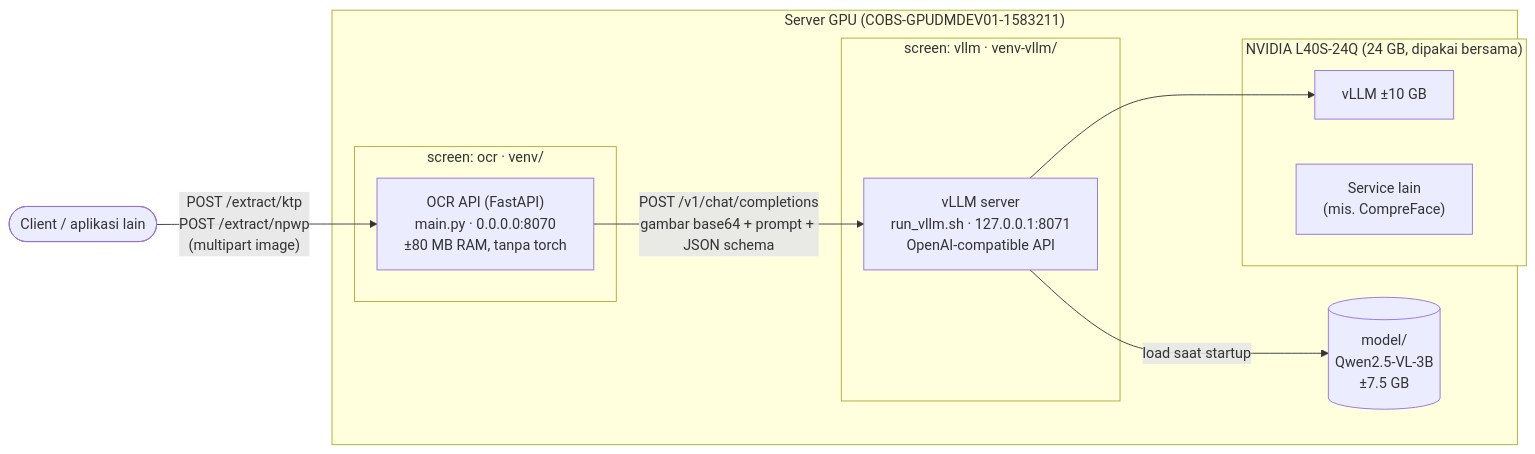
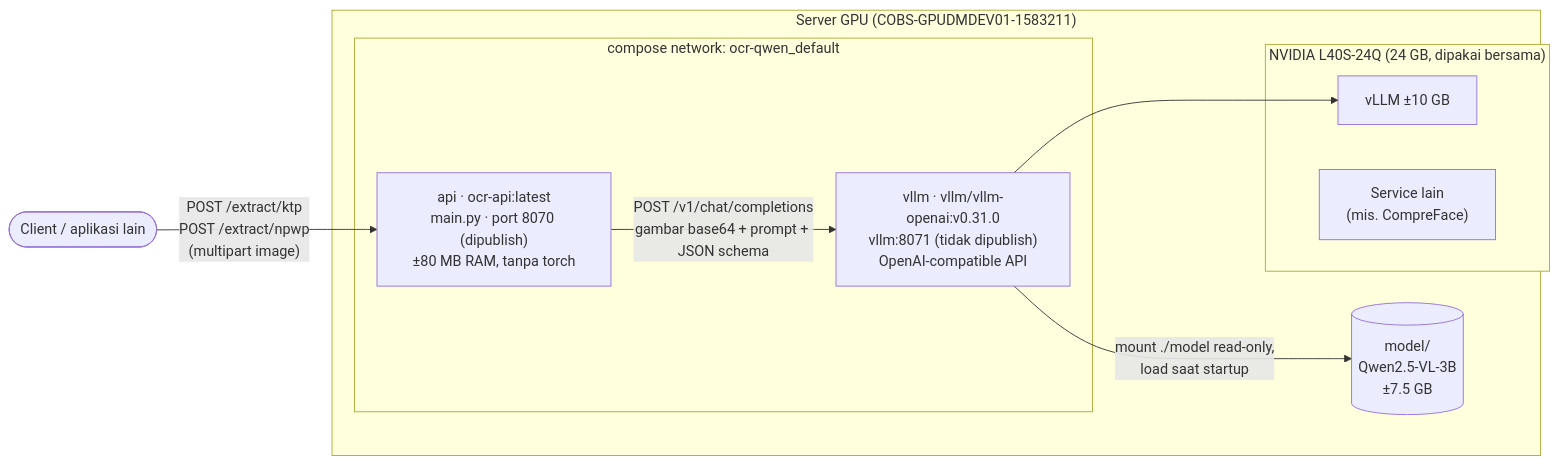
Before and after one commit to sivi-shahab/OCR-KTP-NPWP: the first of 3 diagrams in README.md, drawn with Mermaid. The commit also changed other lines of this file, not shown here.

First line of the commit message:
Document Docker Compose as the production deployment in README

````diff
--- a/README.md
+++ b/README.md
@@ -57,26 +55,23 @@
 ```mermaid
 flowchart LR
     client(["Client / aplikasi lain"])
 
     subgraph host["Server GPU (COBS-GPUDMDEV01-1583211)"]
-        subgraph ocr["screen: ocr · venv/"]
-            api["OCR API (FastAPI)<br/>main.py · 0.0.0.0:8070<br/>±80 MB RAM, tanpa torch"]
-        end
-
-        subgraph vllm["screen: vllm · venv-vllm/"]
-            engine["vLLM server<br/>run_vllm.sh · 127.0.0.1:8071<br/>OpenAI-compatible API"]
+        subgraph net["compose network: ocr-qwen_default"]
+            api["api · ocr-api:latest<br/>main.py · port 8070 (dipublish)<br/>±80 MB RAM, tanpa torch"]
+            engine["vllm · vllm/vllm-openai:v0.31.0<br/>vllm:8071 (tidak dipublish)<br/>OpenAI-compatible API"]
         end
 
         weights[("model/<br/>Qwen2.5-VL-3B<br/>±7.5 GB")]
 
         subgraph gpu["NVIDIA L40S-24Q (24 GB, dipakai bersama)"]
             vram["vLLM ±10 GB"]
             other["Service lain<br/>(mis. CompreFace)"]
         end
     end
 
     client -- "POST /extract/ktp<br/>POST /extract/npwp<br/>(multipart image)" --> api
     api -- "POST /v1/chat/completions<br/>gambar base64 + prompt + JSON schema" --> engine
-    engine -- "load saat startup" --> weights
+    engine -- "mount ./model read-only,<br/>load saat startup" --> weights
     engine --> vram
 ```
````
